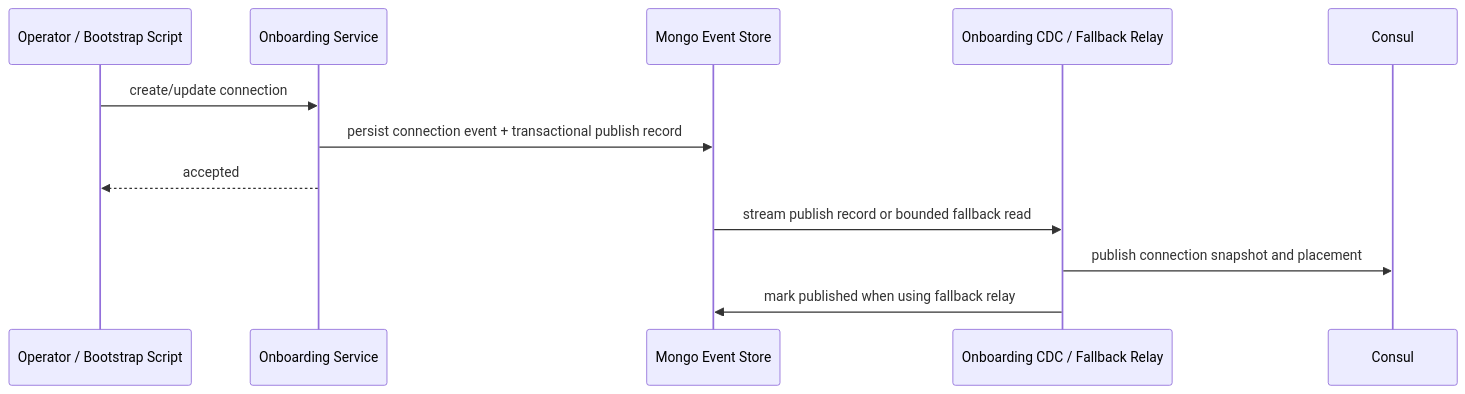
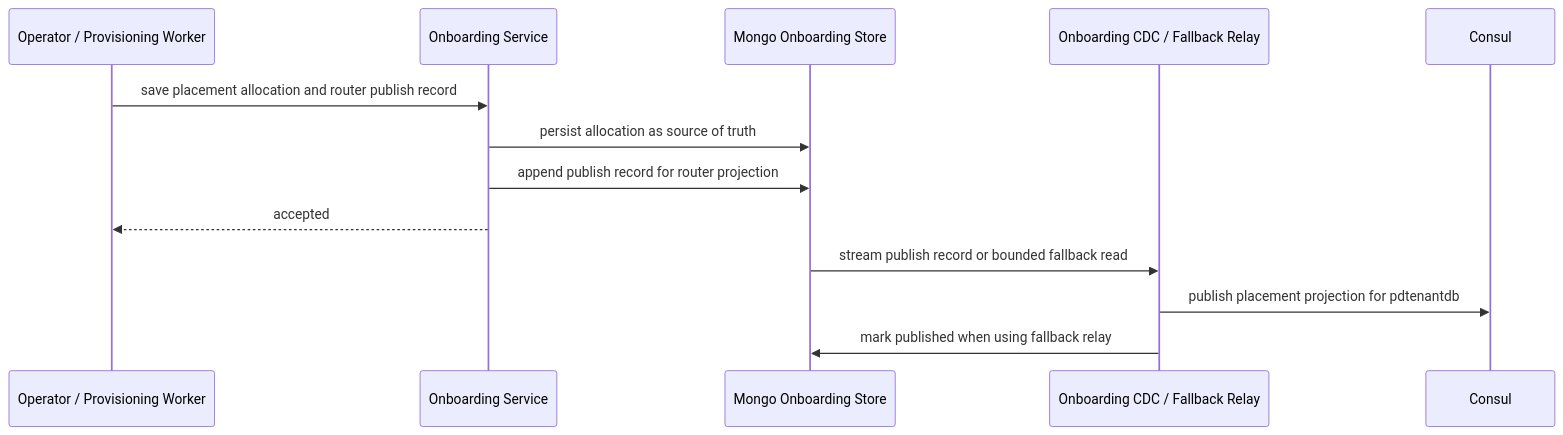
Before and after one commit to tuannm99/podzone: the eighth of 9 diagrams in docs/architecture/sequences.md, drawn with Mermaid. The commit also changed other lines of this file and 28 other files, not shown here.

````diff
--- a/docs/architecture/sequences.md
+++ b/docs/architecture/sequences.md
@@ -168,16 +168,17 @@
 ```mermaid
 sequenceDiagram
-    participant Client as Operator / Bootstrap Script
+    participant Client as Operator / Provisioning Worker
     participant Onboarding as Onboarding Service
-    participant Mongo as Mongo Event Store
+    participant Mongo as Mongo Onboarding Store
     participant EventRelay as Onboarding CDC / Fallback Relay
     participant Consul as Consul
 
-    Client->>Onboarding: create/update connection
-    Onboarding->>Mongo: persist connection event + transactional publish record
+    Client->>Onboarding: save placement allocation and router publish record
+    Onboarding->>Mongo: persist allocation as source of truth
+    Onboarding->>Mongo: append publish record for router projection
     Onboarding-->>Client: accepted
 
     Mongo->>EventRelay: stream publish record or bounded fallback read
-    EventRelay->>Consul: publish connection snapshot and placement
+    EventRelay->>Consul: publish placement projection for pdtenantdb
     EventRelay->>Mongo: mark published when using fallback relay
 ```
````
